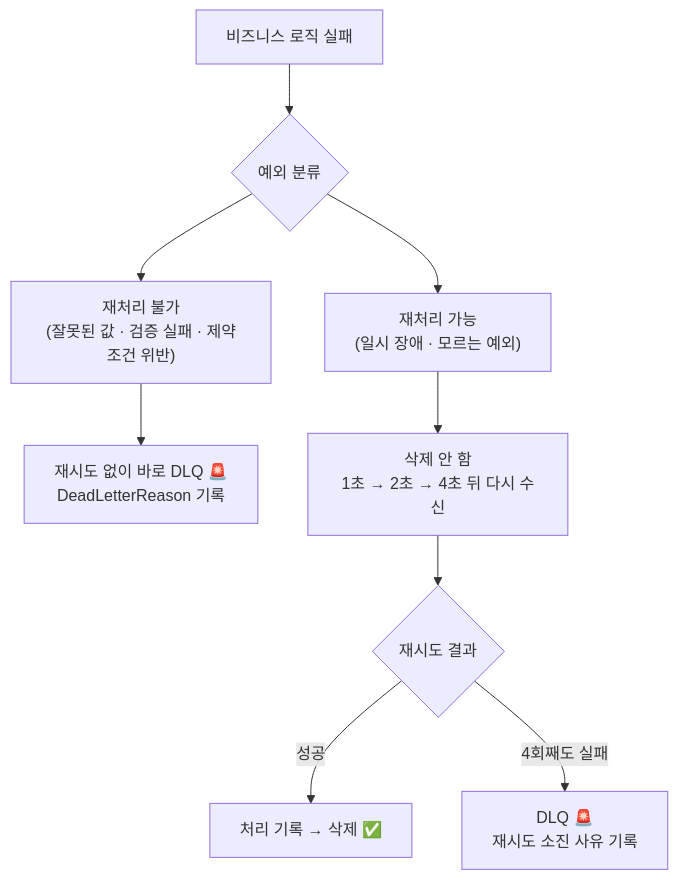
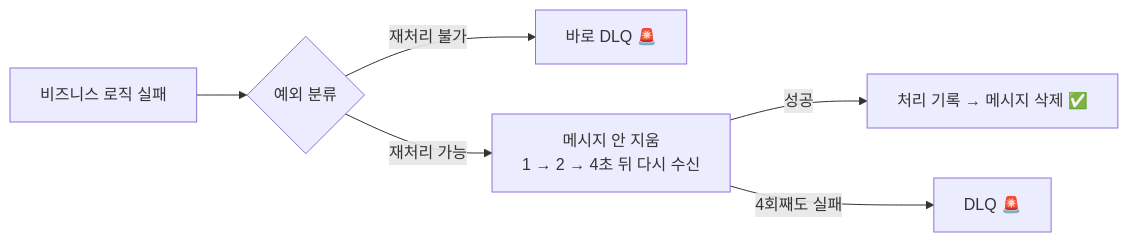
One commit to rivertw777/ModuDrive-API changed the fifth of 5 diagrams in .docs/spec/messaging-spec.md. Above: the diagram before and after it, drawn with Mermaid. The commit also changed other lines of this file and 1 other file, not shown here.

First line of the commit message:
docs: restructure the messaging spec and document the DLQ alert

````diff
--- a/.docs/spec/messaging-spec.md
+++ b/.docs/spec/messaging-spec.md
@@ -219,11 +221,8 @@
 ```mermaid
-flowchart TD
+flowchart LR
     A["비즈니스 로직 실패"] --> CLS{"예외 분류"}
-    CLS --> P["재처리 불가<br/>(잘못된 값 · 검증 실패 · 제약조건 위반)"]
-    CLS --> R["재처리 가능<br/>(일시 장애 · 모르는 예외)"]
-    P --> P1["재시도 없이 바로 DLQ 🚨<br/>DeadLetterReason 기록"]
-    R --> R1["삭제 안 함<br/>1초 → 2초 → 4초 뒤 다시 수신"]
-    R1 --> R2{"재시도 결과"}
-    R2 -- "성공" --> OK["처리 기록 → 삭제 ✅"]
-    R2 -- "4회째도 실패" --> R3["DLQ 🚨<br/>재시도 소진 사유 기록"]
+    CLS -- "재처리 불가" --> P1["바로 DLQ 🚨"]
+    CLS -- "재처리 가능" --> R1["메시지 안 지움<br/>1 → 2 → 4초 뒤 다시 수신"]
+    R1 -- "성공" --> OK["처리 기록 → 메시지 삭제 ✅"]
+    R1 -- "4회째도 실패" --> R3["DLQ 🚨"]
 ```
````
